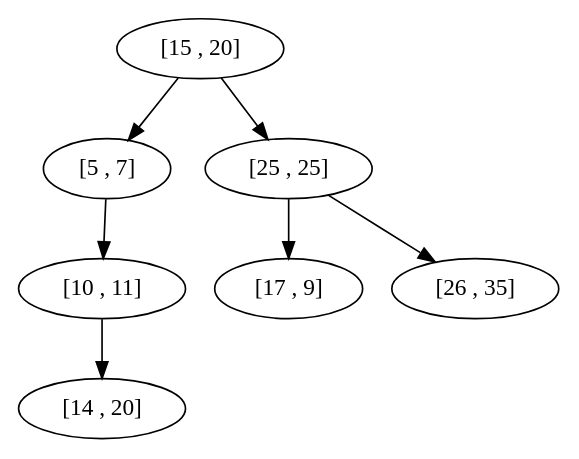
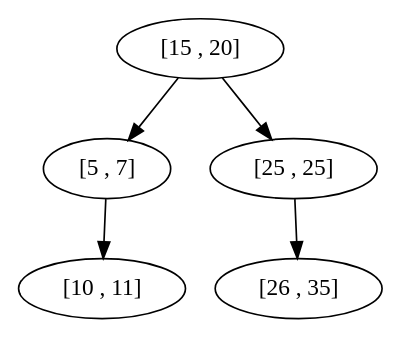
Before and after one commit to iMawe/EstructuraDatos: the diagram in K-D Tree/KD Tree/KDTree.dot, drawn with Graphviz. The commit also changed 3 other files, not shown here.

```diff
--- a/K-D Tree/KD Tree/KDTree.dot
+++ b/K-D Tree/KD Tree/KDTree.dot
@@ -1,16 +1,12 @@
 digraph {
-p0x8bb9d0 [label="[15 , 20]"]
-p0x8bb9d0
-p0x8bbb60 [label="[5 , 7]"]
-p0x8bb9d0->p0x8bbb60
-p0x8bbd90 [label="[10 , 11]"]
-p0x8bbb60->p0x8bbd90
-p0x8bb9f8 [label="[14 , 20]"]
-p0x8bbd90->p0x8bb9f8
-p0x8bba48 [label="[25 , 25]"]
-p0x8bb9d0->p0x8bba48
-p0x8bba98 [label="[17 , 9]"]
-p0x8bba48->p0x8bba98
-p0x8bbd40 [label="[26 , 35]"]
-p0x8bba48->p0x8bbd40
+p0x8fb9d0 [label="[15 , 20]"]
+p0x8fb9d0
+p0x8fbd68 [label="[5 , 7]"]
+p0x8fb9d0->p0x8fbd68
+p0x8fbd90 [label="[10 , 11]"]
+p0x8fbd68->p0x8fbd90
+p0x8fba48 [label="[25 , 25]"]
+p0x8fb9d0->p0x8fba48
+p0x8fbe08 [label="[26 , 35]"]
+p0x8fba48->p0x8fbe08
 }
```
